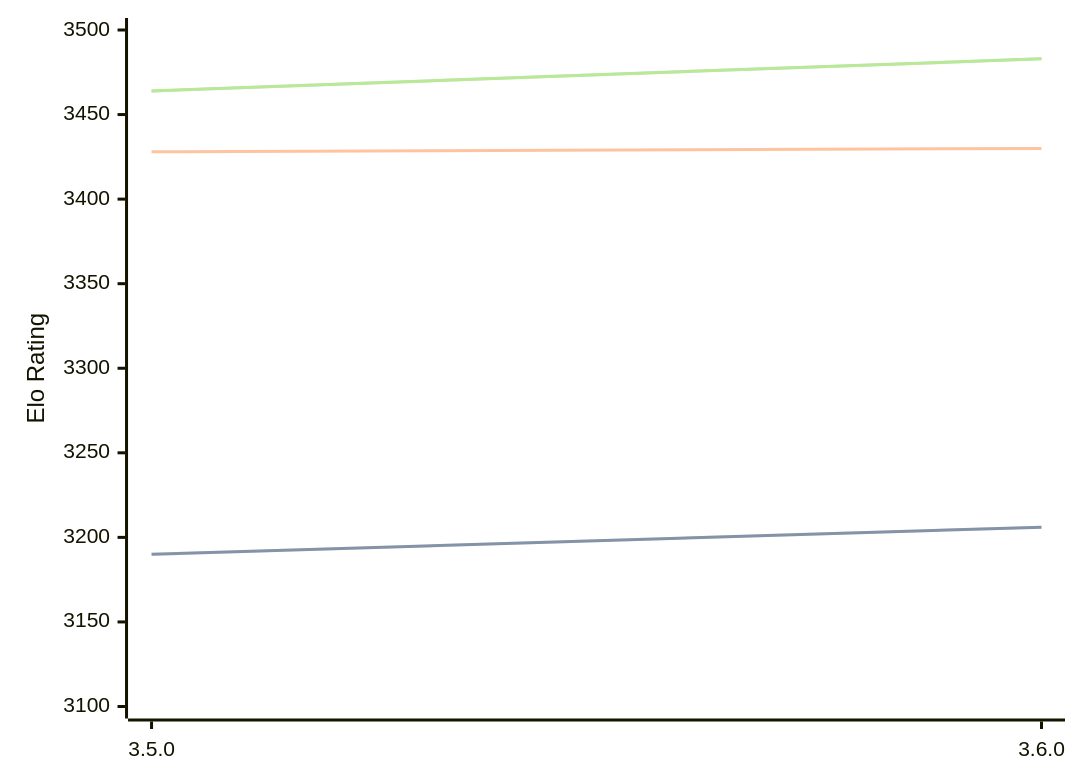
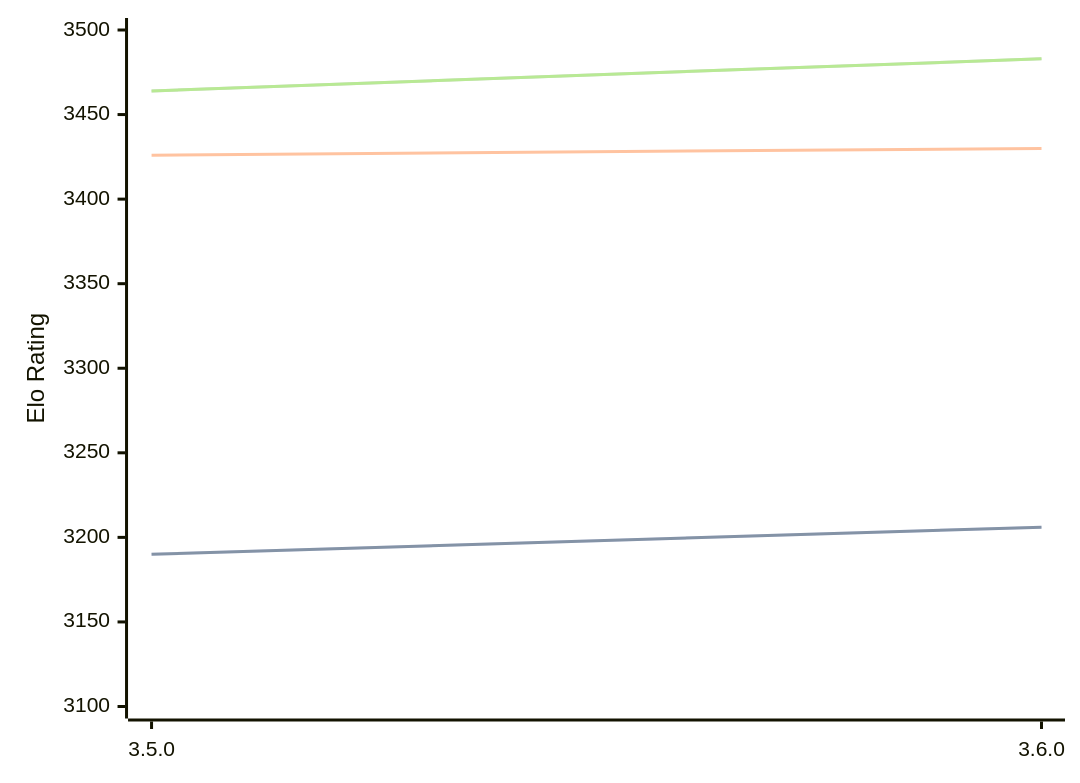
Before and after one commit to computer-chess-index/cci: the diagram in engines/Igel.md, drawn with Mermaid. The commit also changed other lines of this file, not shown here.

````diff
--- a/engines/Igel.md
+++ b/engines/Igel.md
@@ -68,11 +68,11 @@
 ```mermaid
 %%{init: {"theme":"base","themeVariables":{"seriesColors:['#a3a3a3','#222221','#faa371']}}}%%
 xychart-beta
   x-axis ["3.5.0", "3.6.0"]
   y-axis "Elo Rating" 3100 --> 3500
   line "STC (8.0+0.08s)" [3190, 3206]
   line "STC (8.0+0.08s)" [3190, 3206]
-  line "LTC (60.0+0.60s)" [3428, 3430]
+  line "LTC (60.0+0.60s)" [3426, 3430]
   line "VLTC (2m24s+1.12s)" [3464, 3483]
   line "VLTC (2m24s+1.12s)" [3464, 3483]
 ```
````
